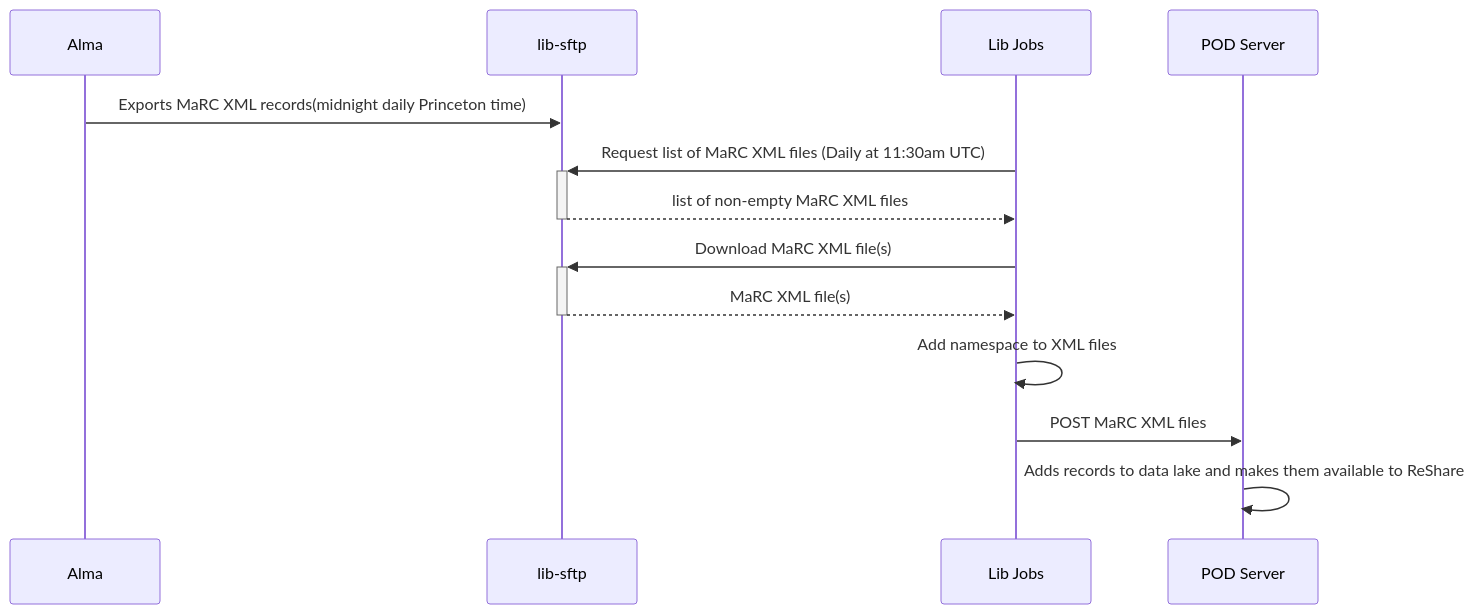
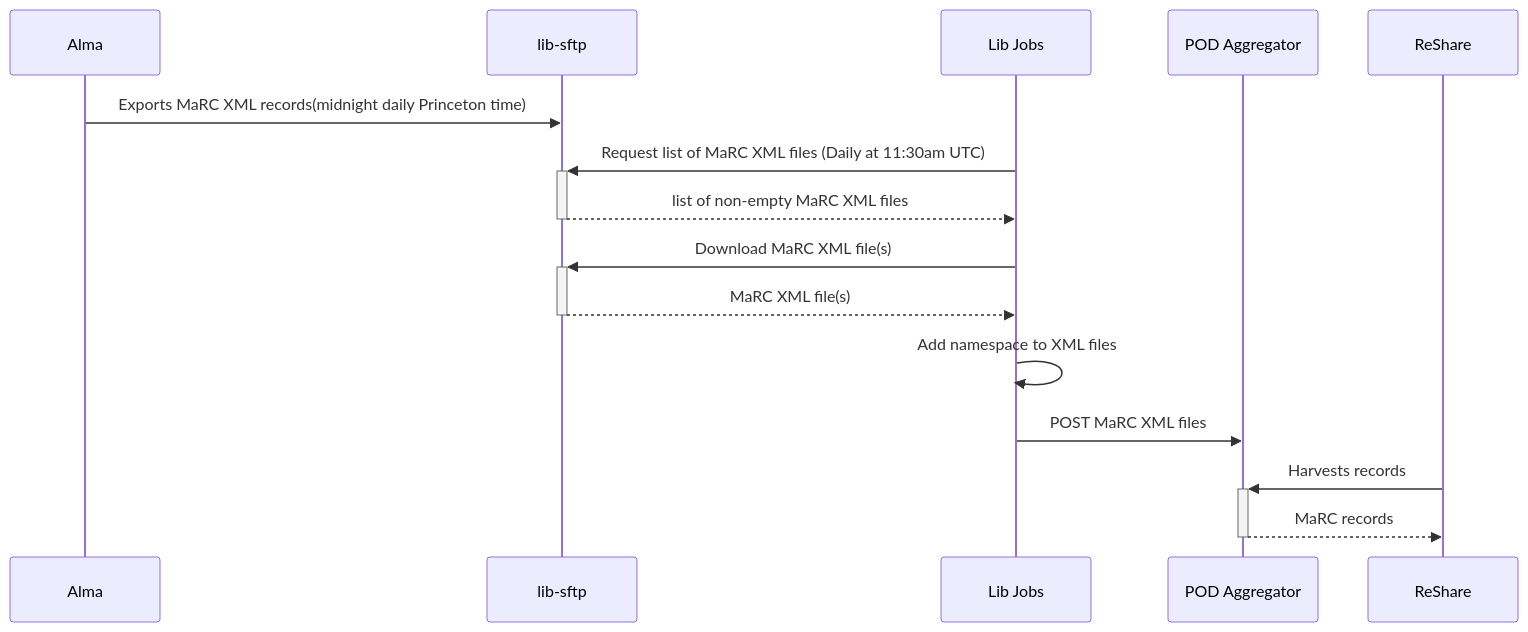
Before and after one commit to pulibrary/lib_jobs: the diagram in docs/alma_pod_records/README.md, drawn with Mermaid.

Commit message:
Rename POD server -> POD aggregator

````diff
--- a/docs/alma_pod_records/README.md
+++ b/docs/alma_pod_records/README.md
@@ -7,12 +7,12 @@
 ```mermaid
 sequenceDiagram
     Alma->>lib-sftp: Exports MaRC XML records(midnight daily Princeton time)
     Lib Jobs->>+lib-sftp: Request list of MaRC XML files (Daily at 11:30am UTC)
     lib-sftp-->>-Lib Jobs: list of non-empty MaRC XML files
     Lib Jobs->>+lib-sftp: Download MaRC XML file(s)
     lib-sftp-->>-Lib Jobs: MaRC XML file(s)
     Lib Jobs->>Lib Jobs: Add namespace to XML files
-    Lib Jobs->>POD Server: POST MaRC XML files
-    POD Server->>POD Server: Adds records to data lake and makes them available to ReShare
-
+    Lib Jobs->>POD Aggregator: POST MaRC XML files
+    ReShare->>+POD Aggregator: Harvests records
+    POD Aggregator-->>-ReShare: MaRC records
 ```
````
